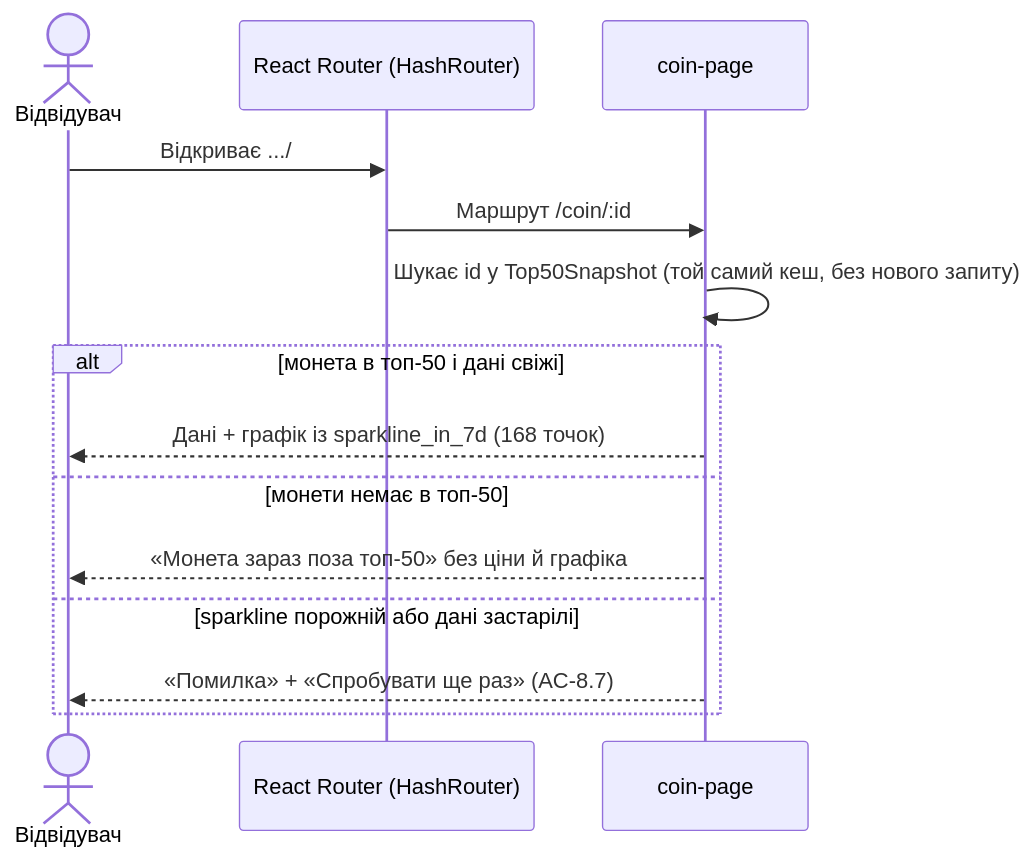
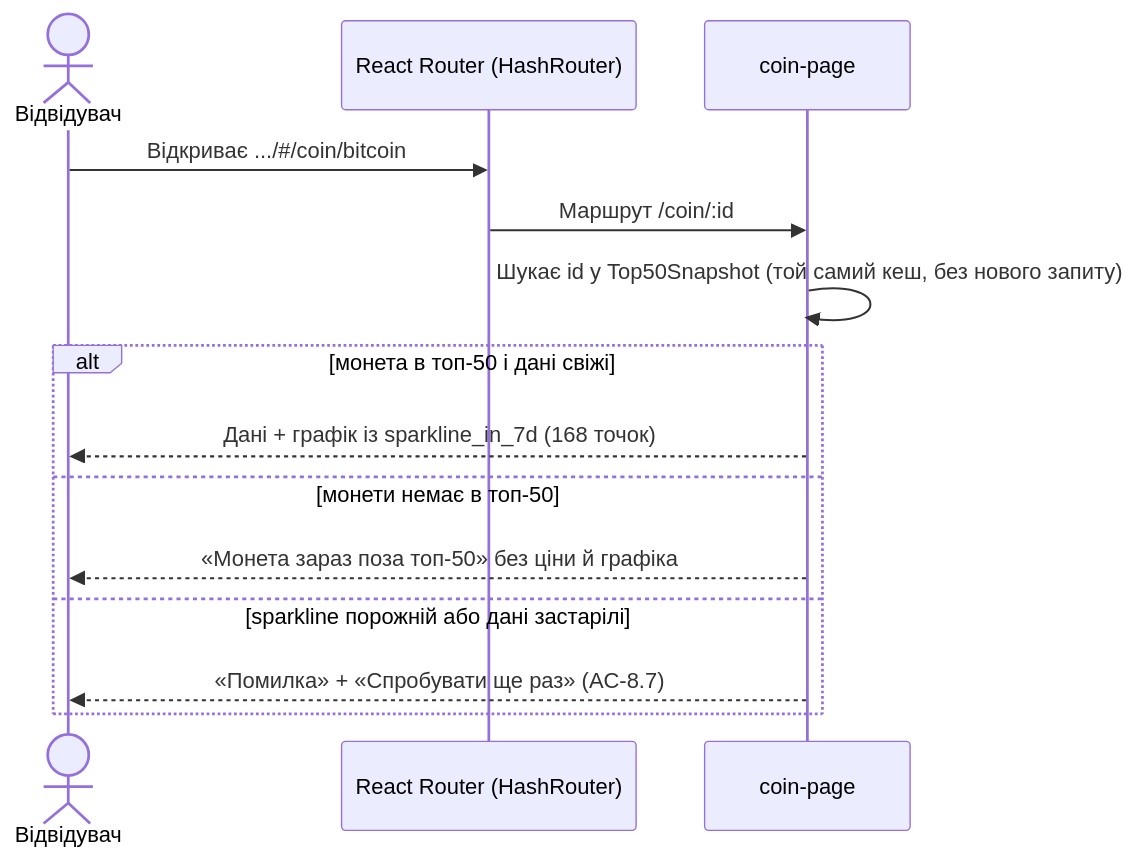
The sixth of 6 diagrams in .agentic/specs/03-architecture.md (ivangithubed/crypto-radar), drawn with Mermaid before and after one commit. The commit also changed other lines of this file and 4 other files, not shown here.

````diff
--- a/.agentic/specs/03-architecture.md
+++ b/.agentic/specs/03-architecture.md
@@ -251,16 +248,16 @@
 ```mermaid
 sequenceDiagram
     actor V as Відвідувач
     participant R as React Router (HashRouter)
     participant SPA as coin-page
-    V->>R: Відкриває .../#/coin/bitcoin
+    V->>R: Відкриває .../#35;/coin/bitcoin
     R->>SPA: Маршрут /coin/:id
     SPA->>SPA: Шукає id у Top50Snapshot (той самий кеш, без нового запиту)
     alt монета в топ-50 і дані свіжі
         SPA-->>V: Дані + графік із sparkline_in_7d (168 точок)
     else монети немає в топ-50
         SPA-->>V: «Монета зараз поза топ-50» без ціни й графіка
     else sparkline порожній або дані застарілі
         SPA-->>V: «Помилка» + «Спробувати ще раз» (AC-8.7)
     end
 ```
````
